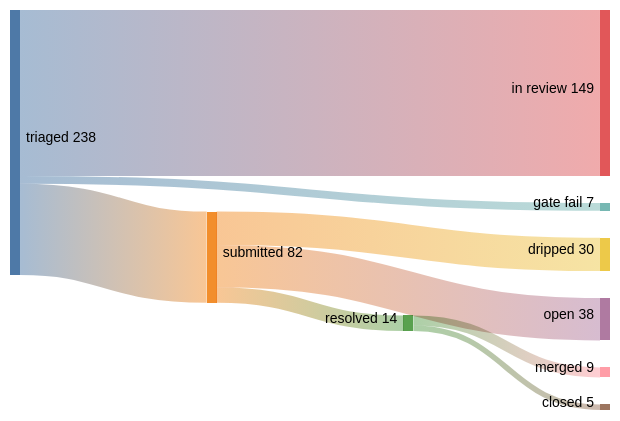
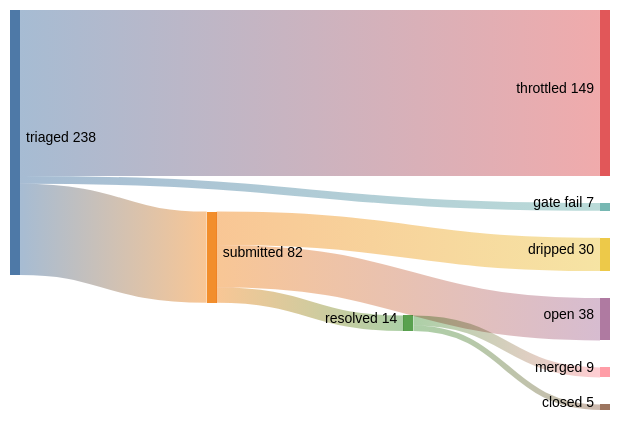
The diagram in README.md (kimjune01/kimjune01), drawn with Mermaid (neutral theme) before and after one commit. The commit also changed other lines of this file, not shown here.

Commit message:
stats: 9/14 = 64% (01:31 UTC)

````diff
--- a/README.md
+++ b/README.md
@@ -3,11 +3,11 @@
 ```mermaid
 sankey-beta
     triaged,    submitted,  82
-    triaged,    in review,  149
+    triaged,    throttled,  149
     triaged,    gate fail,  7
     submitted,  resolved,   14
     submitted,  dripped,    30
     submitted,  open,       38
     resolved,   merged,     9
     resolved,   closed,     5
 ```
````
